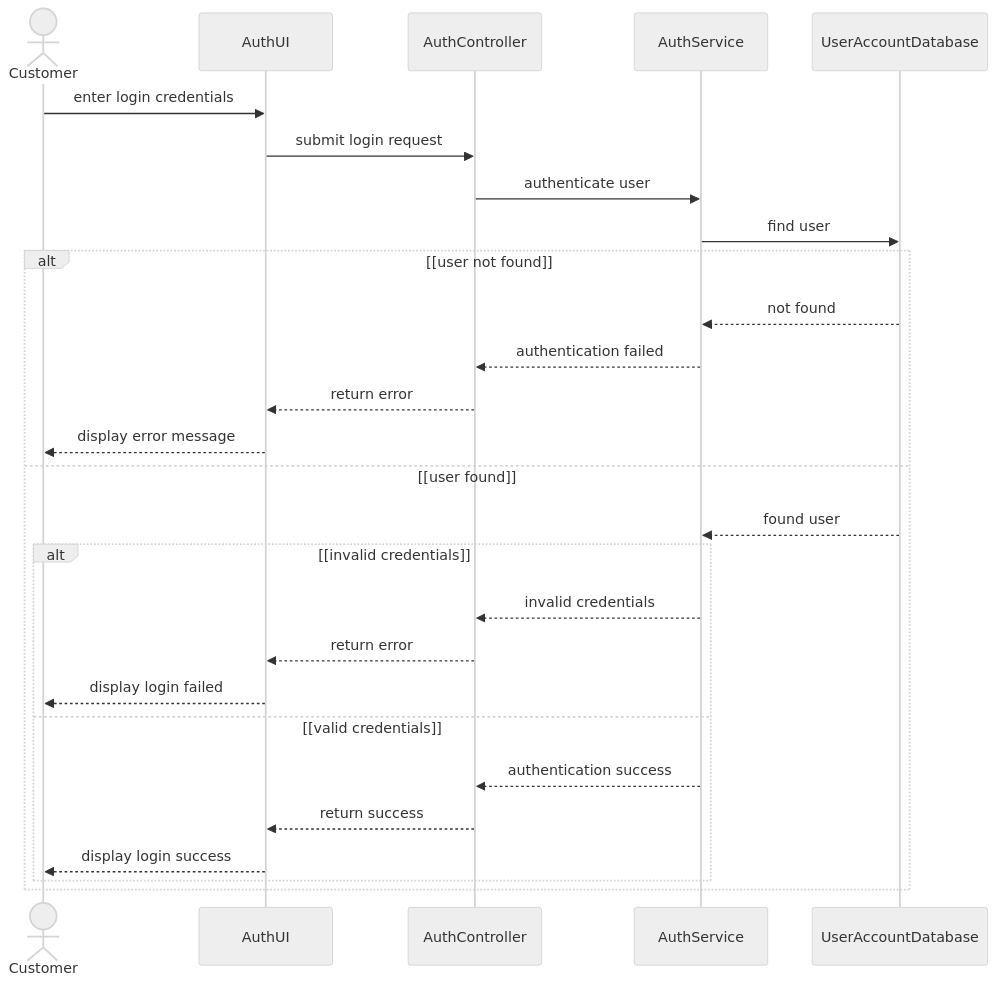
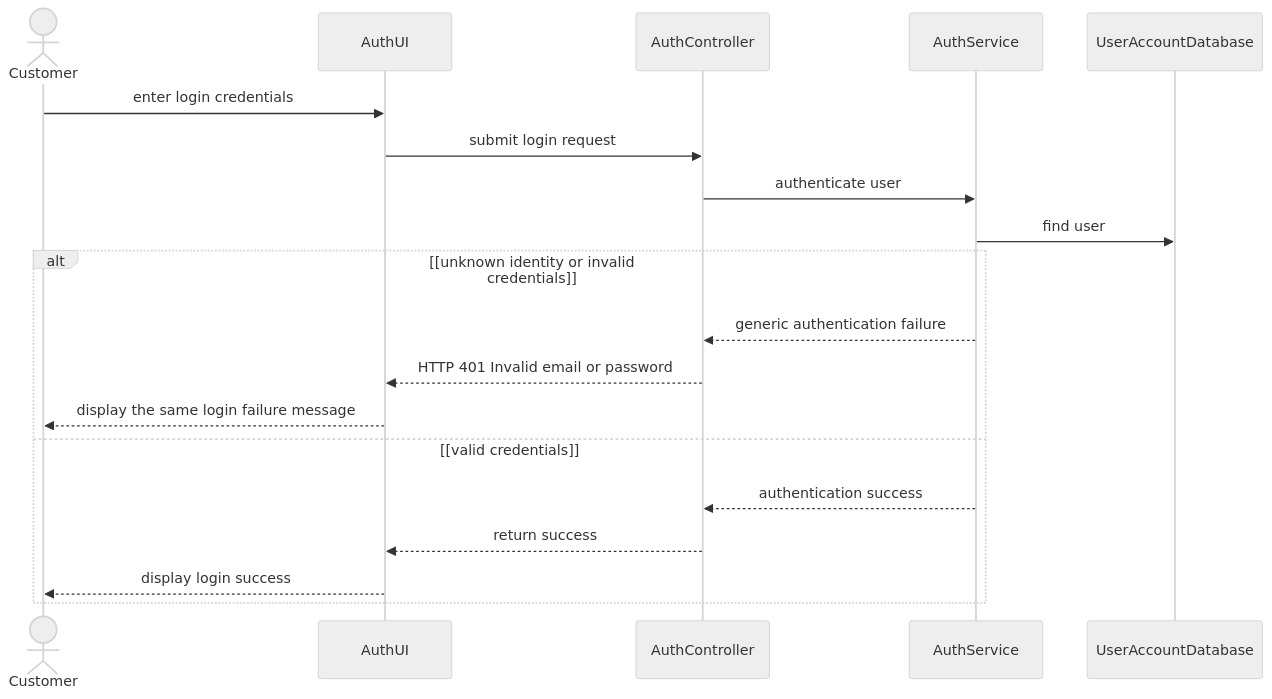
The third of 15 diagrams in docs/architecture/sequence.md (ankhanhwork/weavelink-project), drawn with Mermaid (neutral theme) before and after one commit. The commit also changed other lines of this file and 14 other files, not shown here.

````diff
--- a/docs/architecture/sequence.md
+++ b/docs/architecture/sequence.md
@@ -50,30 +49,22 @@
 ```mermaid
 sequenceDiagram
     actor Customer
     participant AuthUI
     participant AuthController
     participant AuthService
     participant UserAccountDatabase
 
     Customer->>AuthUI: enter login credentials
     AuthUI->>AuthController: submit login request
     AuthController->>AuthService: authenticate user
     AuthService->>UserAccountDatabase: find user
-    alt [user not found]
-        UserAccountDatabase-->>AuthService: not found
-        AuthService-->>AuthController: authentication failed
-        AuthController-->>AuthUI: return error
-        AuthUI-->>Customer: display error message
-    else [user found]
-        UserAccountDatabase-->>AuthService: found user
-        alt [invalid credentials]
-            AuthService-->>AuthController: invalid credentials
-            AuthController-->>AuthUI: return error
-            AuthUI-->>Customer: display login failed
-        else [valid credentials]
-            AuthService-->>AuthController: authentication success
-            AuthController-->>AuthUI: return success
-            AuthUI-->>Customer: display login success
-        end
+    alt [unknown identity or invalid credentials]
+        AuthService-->>AuthController: generic authentication failure
+        AuthController-->>AuthUI: HTTP 401 Invalid email or password
+        AuthUI-->>Customer: display the same login failure message
+    else [valid credentials]
+        AuthService-->>AuthController: authentication success
+        AuthController-->>AuthUI: return success
+        AuthUI-->>Customer: display login success
     end
 ```
````
